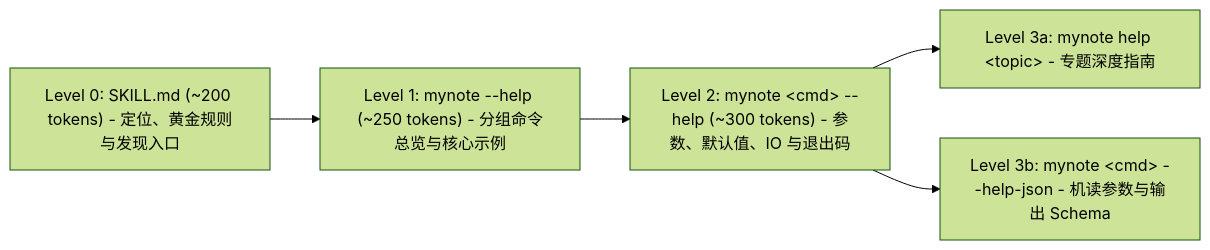
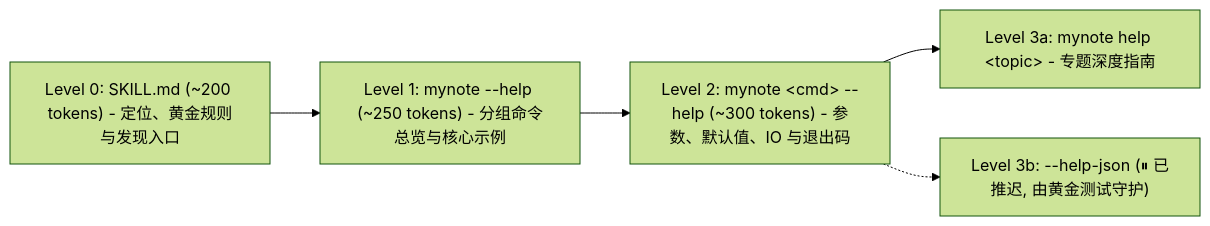
The sixth of 7 diagrams in docs/architecture-proposal.md (gray0128/my-note), drawn with Mermaid (forest theme) before and after one commit. The commit also changed other lines of this file and 8 other files, not shown here.

````diff
--- a/docs/architecture-proposal.md
+++ b/docs/architecture-proposal.md
@@ -534,7 +536,7 @@
 ```mermaid
 flowchart LR
     L0["Level 0: SKILL.md (~200 tokens) - 定位、黄金规则与发现入口"] --> L1["Level 1: mynote --help (~250 tokens) - 分组命令总览与核心示例"]
     L1 --> L2["Level 2: mynote #lt;cmd#gt; --help (~300 tokens) - 参数、默认值、IO 与退出码"]
     L2 --> L3A["Level 3a: mynote help #lt;topic#gt; - 专题深度指南"]
-    L2 --> L3B["Level 3b: mynote #lt;cmd#gt; --help-json - 机读参数与输出 Schema"]
+    L2 -.-> L3B["Level 3b: --help-json (⏸ 已推迟, 由黄金测试守护)"]
 ```
````
